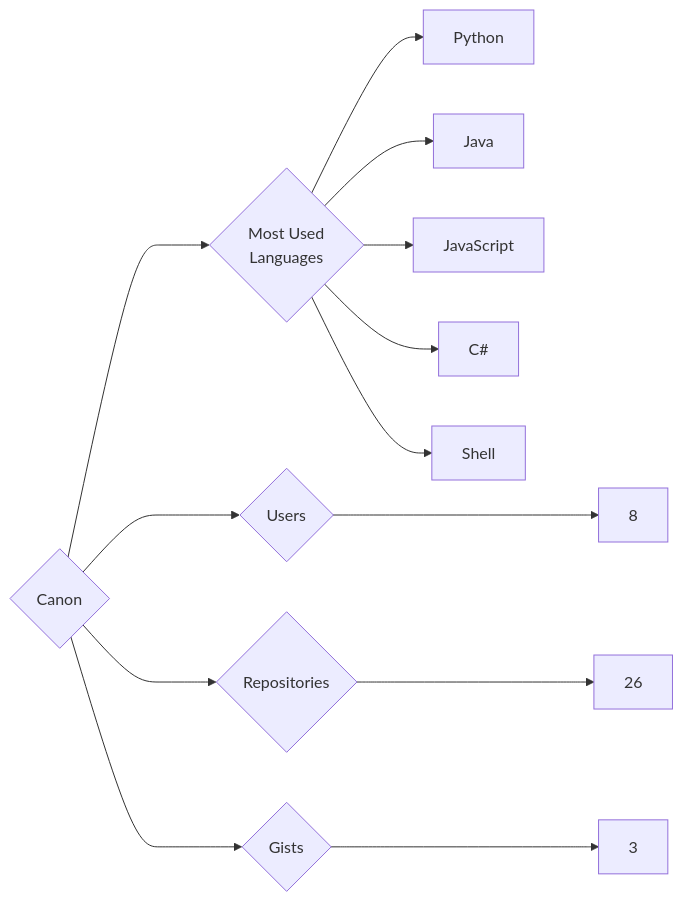
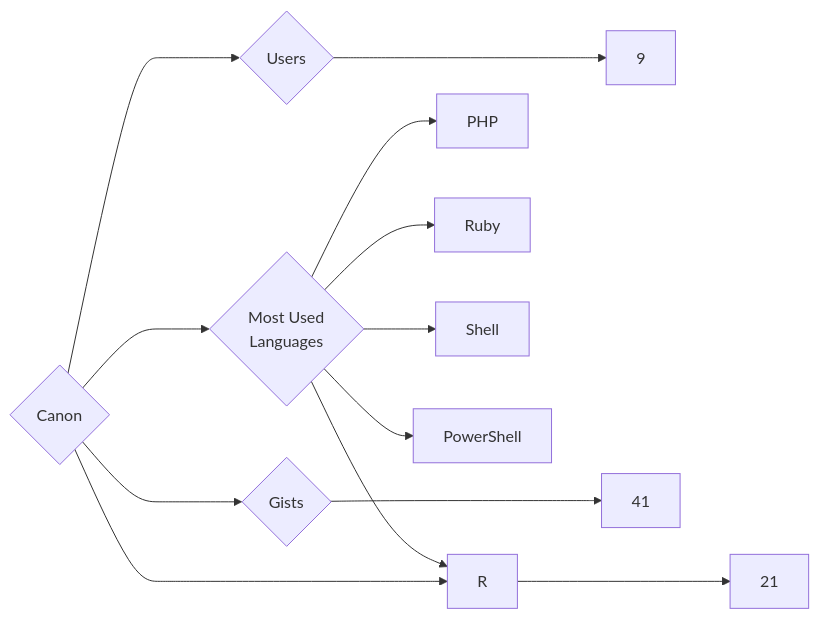
Before and after one commit to trickest/insiders: the diagram in targets/Canon/README.md, drawn with Mermaid. The commit also changed 912 other files, not shown here.

````diff
--- a/targets/Canon/README.md
+++ b/targets/Canon/README.md
@@ -3,13 +3,13 @@
 ```mermaid
 graph LR
 COMPANY_NAME{Canon}
-COMPANY_NAME ---> U{Users} ---> UN[8]
-COMPANY_NAME ---> R{Repositories} ---> RN[26]
-COMPANY_NAME ---> G{Gists} ---> GN[3]
+COMPANY_NAME ---> U{Users} ---> UN[9]
+COMPANY_NAME ---> R{Repositories} ---> RN[21]
+COMPANY_NAME ---> G{Gists} ---> GN[41]
 COMPANY_NAME ---> ML{Most Used<br>Languages}
-ML --> Python[Python]
-ML --> Java[Java]
-ML --> JavaScript[JavaScript]
-ML --> C#[C#]
+ML --> PHP[PHP]
+ML --> Ruby[Ruby]
 ML --> Shell[Shell]
+ML --> R[R]
+ML --> PowerShell[PowerShell]
 ```
````
